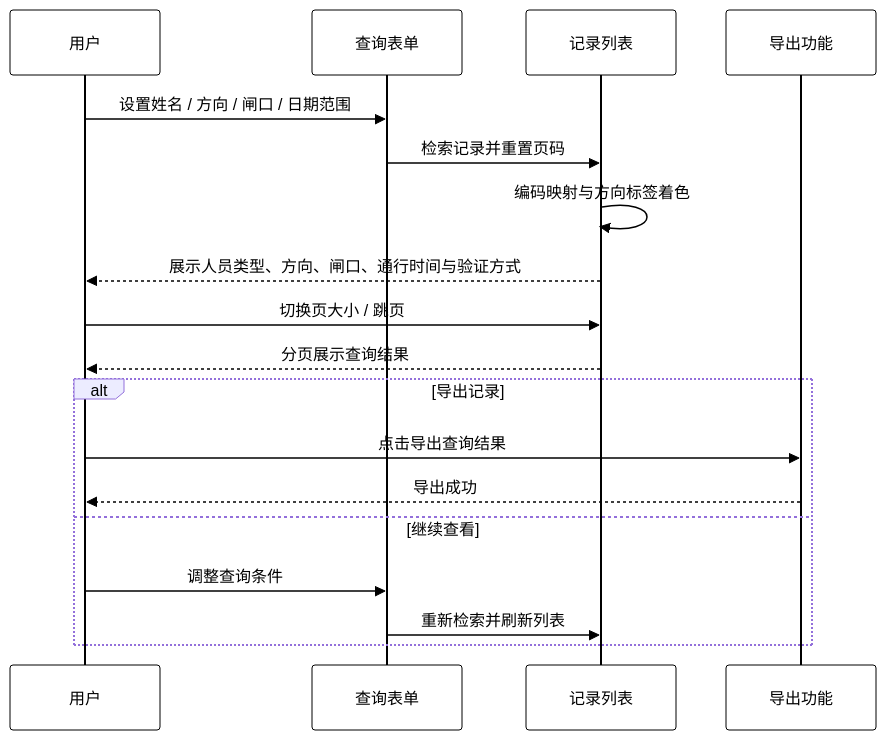
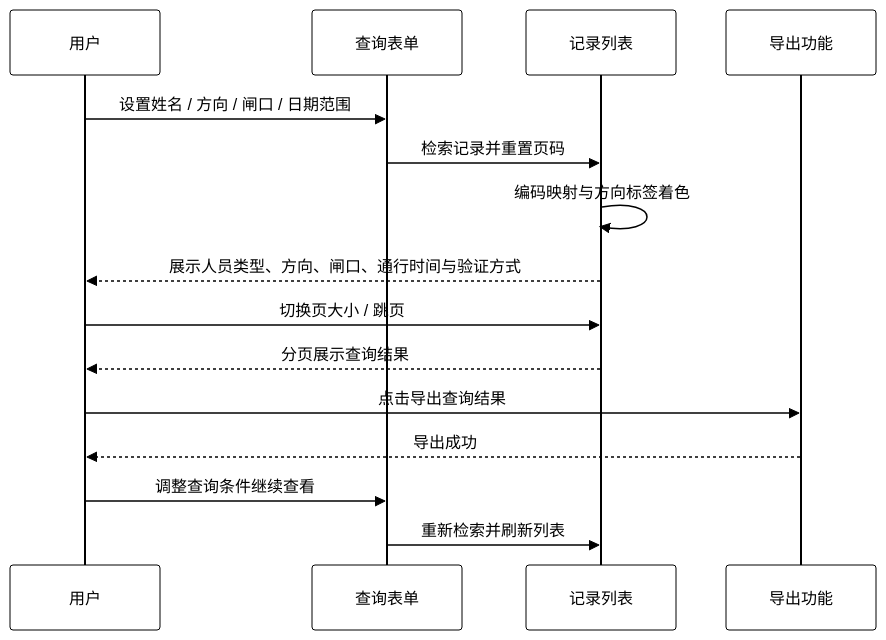
One commit to carl-Tu/campus-management changed diagram 18 of 24 in docs/功能需求分析与用例图.md. Above: the diagram before and after it, drawn with Mermaid. The commit also changed other lines of this file, not shown here.

Commit message:
perfect：时序图

````diff
--- a/docs/功能需求分析与用例图.md
+++ b/docs/功能需求分析与用例图.md
@@ -637,22 +617,19 @@
 ```mermaid
 sequenceDiagram
   %%{init: {"themeVariables": {"actorBkg": "#ffffff", "actorBorder": "#000000", "actorTextColor": "#000000", "actorLineColor": "#000000", "signalColor": "#000000", "signalTextColor": "#000000", "noteBkgColor": "#ffffff", "noteBorderColor": "#000000"}}}%%
   participant U as 用户
   participant Q as 查询表单
   participant L as 记录列表
   participant E as 导出功能
 
   U->>Q: 设置姓名 / 方向 / 闸口 / 日期范围
   Q->>L: 检索记录并重置页码
   L->>L: 编码映射与方向标签着色
   L-->>U: 展示人员类型、方向、闸口、通行时间与验证方式
   U->>L: 切换页大小 / 跳页
   L-->>U: 分页展示查询结果
-  alt 导出记录
-    U->>E: 点击导出查询结果
-    E-->>U: 导出成功
-  else 继续查看
-    U->>Q: 调整查询条件
-    Q->>L: 重新检索并刷新列表
-  end
+  U->>E: 点击导出查询结果
+  E-->>U: 导出成功
+  U->>Q: 调整查询条件继续查看
+  Q->>L: 重新检索并刷新列表
 ```
````
